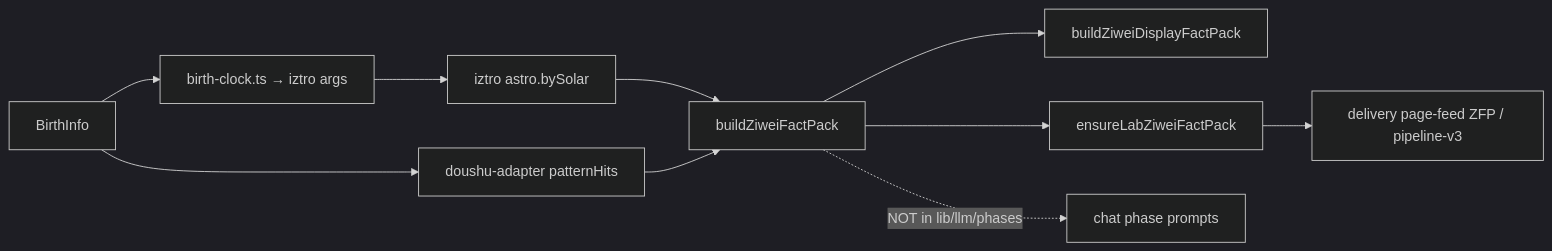
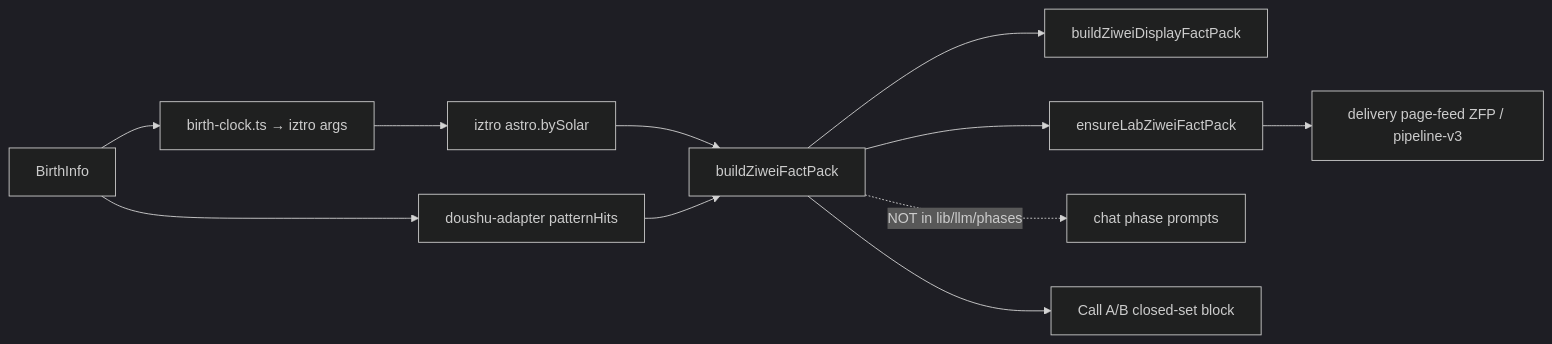
One commit to Mattchen217/POJU changed the sixth of 8 diagrams in docs/eastern-os/decision-intake-2.0/PHASE-0-CODEBASE-BASELINE.md. Above: the diagram before and after it, drawn with Mermaid (dark theme). The commit also changed other lines of this file, not shown here.

````diff
--- a/docs/eastern-os/decision-intake-2.0/PHASE-0-CODEBASE-BASELINE.md
+++ b/docs/eastern-os/decision-intake-2.0/PHASE-0-CODEBASE-BASELINE.md
@@ -487,18 +495,20 @@
 ```mermaid
 flowchart LR
   Birth[BirthInfo]
   Clock[birth-clock.ts → iztro args]
   Iztro[iztro astro.bySolar]
   Pat[doushu-adapter patternHits]
   ZFP[buildZiweiFactPack]
   Disp[buildZiweiDisplayFactPack]
   Lab[ensureLabZiweiFactPack]
   Del[delivery page-feed ZFP / pipeline-v3]
   ChatPrompt[chat phase prompts]
+  CA[Call A/B closed-set block]
 
   Birth --> Clock --> Iztro --> ZFP
   Birth --> Pat --> ZFP
   ZFP --> Disp
   ZFP --> Lab --> Del
   ZFP -.->|NOT in lib/llm/phases| ChatPrompt
+  ZFP --> CA
 ```
````
